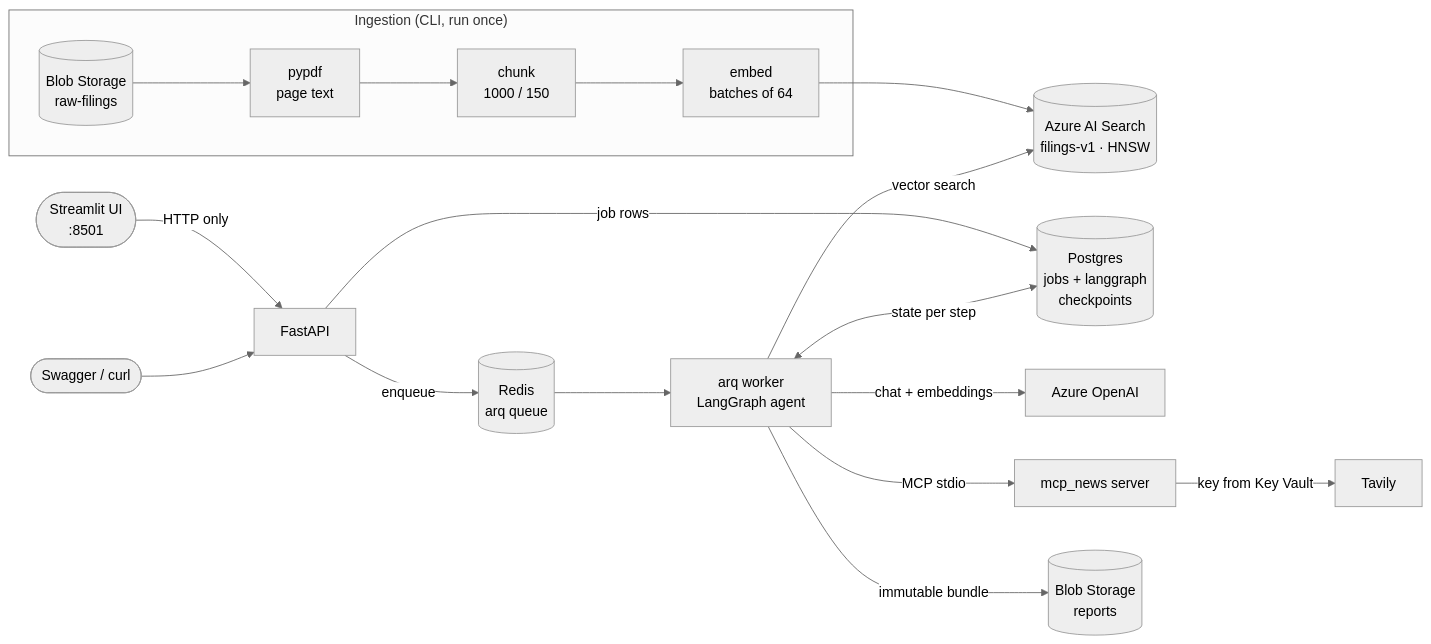
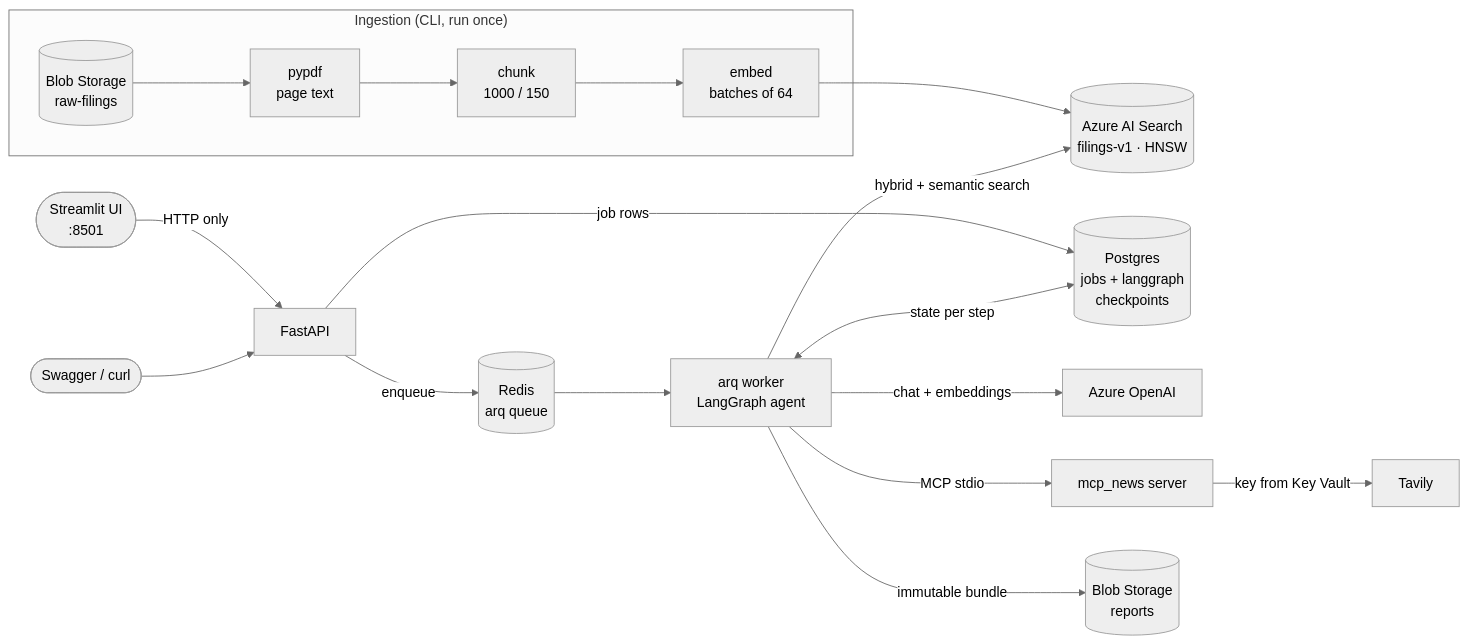
One commit to meetbrij/azure-market-intel-agent changed the first of 2 diagrams in README.md. Above: the diagram before and after it, drawn with Mermaid (neutral theme). The commit also changed other lines of this file and 20 other files, not shown here.

Commit message:
hybrid search and semantic ranker

````diff
--- a/README.md
+++ b/README.md
@@ -24,21 +24,21 @@
 ```mermaid
 flowchart LR
     subgraph Ingestion["Ingestion (CLI, run once)"]
         B[(Blob Storage<br/>raw-filings)] --> P[pypdf<br/>page text]
         P --> C[chunk<br/>1000 / 150]
         C --> E[embed<br/>batches of 64]
     end
     E --> S[(Azure AI Search<br/>filings-v1 · HNSW)]
 
     UI([Streamlit UI<br/>:8501]) -->|HTTP only| API[FastAPI]
     U([Swagger / curl]) --> API
     API -->|job rows| PG[(Postgres<br/>jobs + langgraph<br/>checkpoints)]
     API -->|enqueue| R[(Redis<br/>arq queue)]
     R --> W[arq worker<br/>LangGraph agent]
     W <-->|state per step| PG
-    W -->|vector search| S
+    W -->|hybrid + semantic search| S
     W -->|chat + embeddings| AOAI[Azure OpenAI]
     W -->|MCP stdio| N[mcp_news server]
     N -->|key from Key Vault| T[Tavily]
     W -->|immutable bundle| RB[(Blob Storage<br/>reports)]
 ```
````
